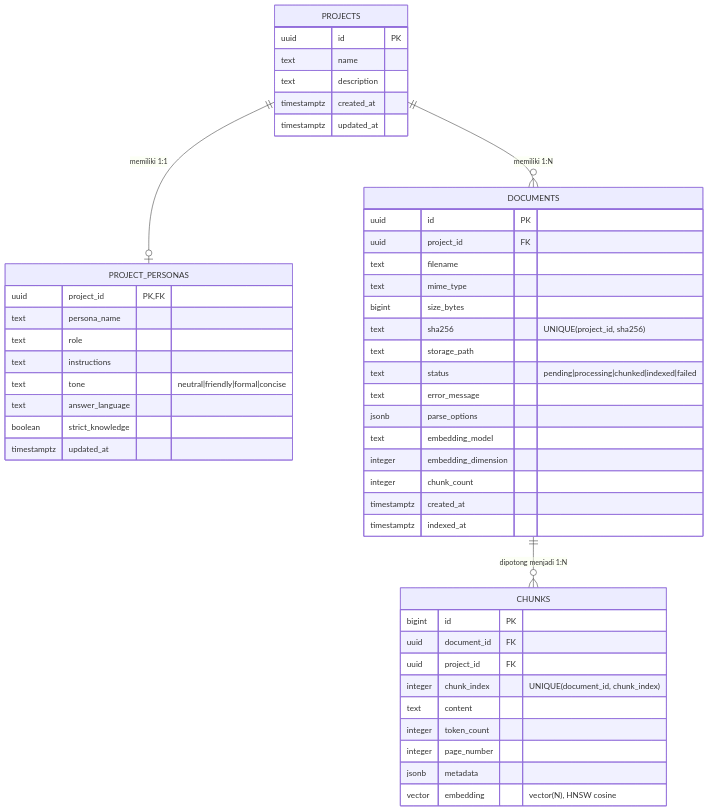
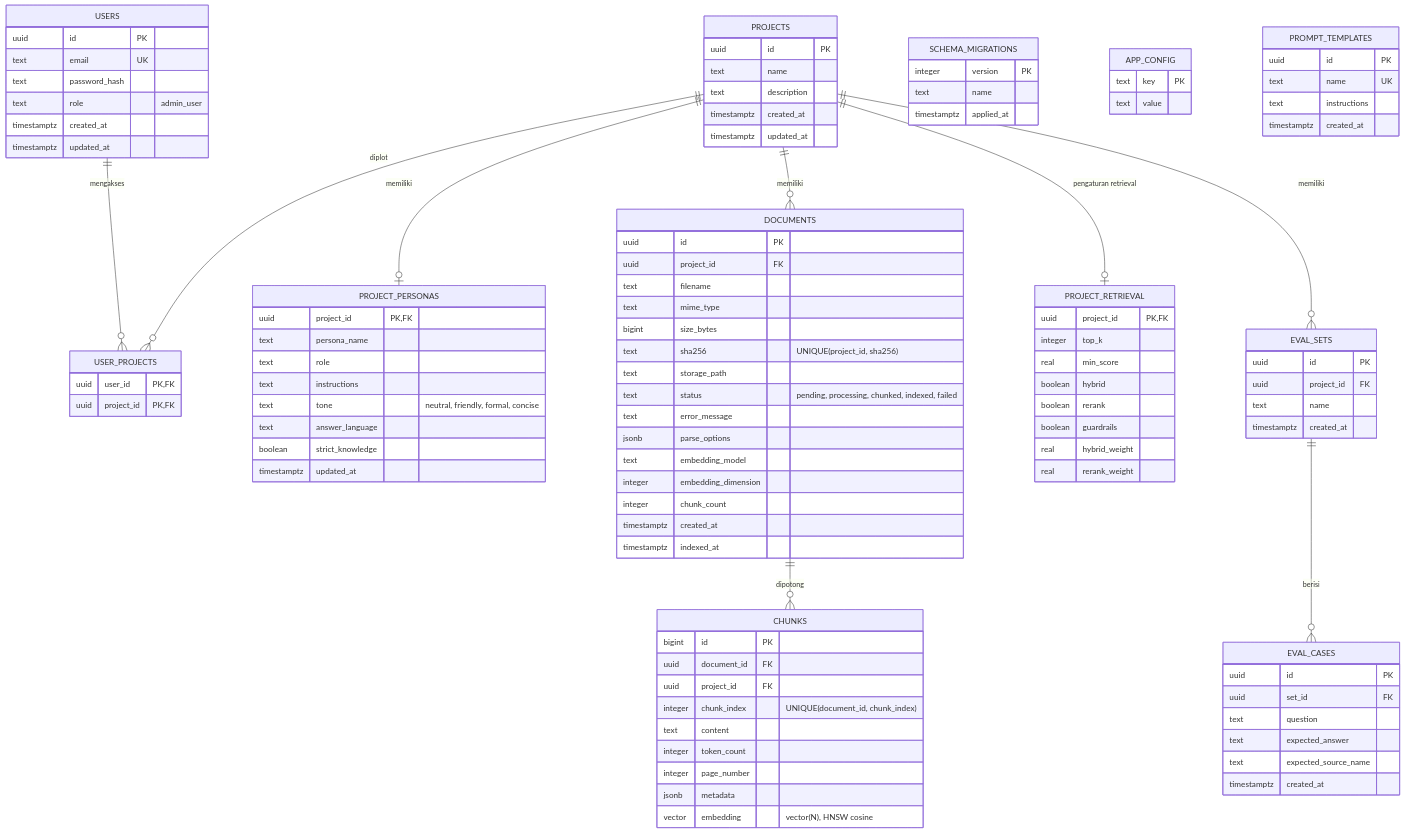
The third of 4 diagrams in README.md (RP-Guruh/rag-studio), drawn with Mermaid before and after one commit. The commit also changed other lines of this file, not shown here.

Commit message:
docs: rewrite README with setup guide and current architecture

````diff
--- a/README.md
+++ b/README.md
@@ -151,9 +169,35 @@
 ```mermaid
 erDiagram
-    PROJECTS ||--o| PROJECT_PERSONAS : "memiliki 1:1"
-    PROJECTS ||--o{ DOCUMENTS : "memiliki 1:N"
-    DOCUMENTS ||--o{ CHUNKS : "dipotong menjadi 1:N"
+    USERS ||--o{ USER_PROJECTS : "mengakses"
+    PROJECTS ||--o{ USER_PROJECTS : "diplot"
+    PROJECTS ||--o| PROJECT_PERSONAS : "memiliki"
+    PROJECTS ||--o{ DOCUMENTS : "memiliki"
+    DOCUMENTS ||--o{ CHUNKS : "dipotong"
+    PROJECTS ||--o| PROJECT_RETRIEVAL : "pengaturan retrieval"
+    PROJECTS ||--o{ EVAL_SETS : "memiliki"
+    EVAL_SETS ||--o{ EVAL_CASES : "berisi"
 
+    SCHEMA_MIGRATIONS {
+        integer version PK
+        text name
+        timestamptz applied_at
+    }
+    APP_CONFIG {
+        text key PK
+        text value
+    }
+    USERS {
+        uuid id PK
+        text email UK
+        text password_hash
+        text role "admin_user"
+        timestamptz created_at
+        timestamptz updated_at
+    }
+    USER_PROJECTS {
+        uuid user_id PK, FK
+        uuid project_id PK, FK
+    }
     PROJECTS {
         uuid id PK
         text name
@@ -166,7 +210,7 @@
         text persona_name
         text role
         text instructions
-        text tone "neutral|friendly|formal|concise"
+        text tone "neutral, friendly, formal, concise"
         text answer_language
         boolean strict_knowledge
         timestamptz updated_at
@@ -179,7 +223,7 @@
         bigint size_bytes
         text sha256 "UNIQUE(project_id, sha256)"
         text storage_path
-        text status "pending|processing|chunked|indexed|failed"
+        text status "pending, processing, chunked, indexed, failed"
         text error_message
         jsonb parse_options
         text embedding_model
@@ -199,4 +243,34 @@
         jsonb metadata
         vector embedding "vector(N), HNSW cosine"
     }
+    PROJECT_RETRIEVAL {
+        uuid project_id PK, FK
+        integer top_k
+        real min_score
+        boolean hybrid
+        boolean rerank
+        boolean guardrails
+        real hybrid_weight
+        real rerank_weight
+    }
+    PROMPT_TEMPLATES {
+        uuid id PK
+        text name UK
+        text instructions
+        timestamptz created_at
+    }
+    EVAL_SETS {
+        uuid id PK
+        uuid project_id FK
+        text name
+        timestamptz created_at
+    }
+    EVAL_CASES {
+        uuid id PK
+        uuid set_id FK
+        text question
+        text expected_answer
+        text expected_source_name
+        timestamptz created_at
+    }
 ```
````
